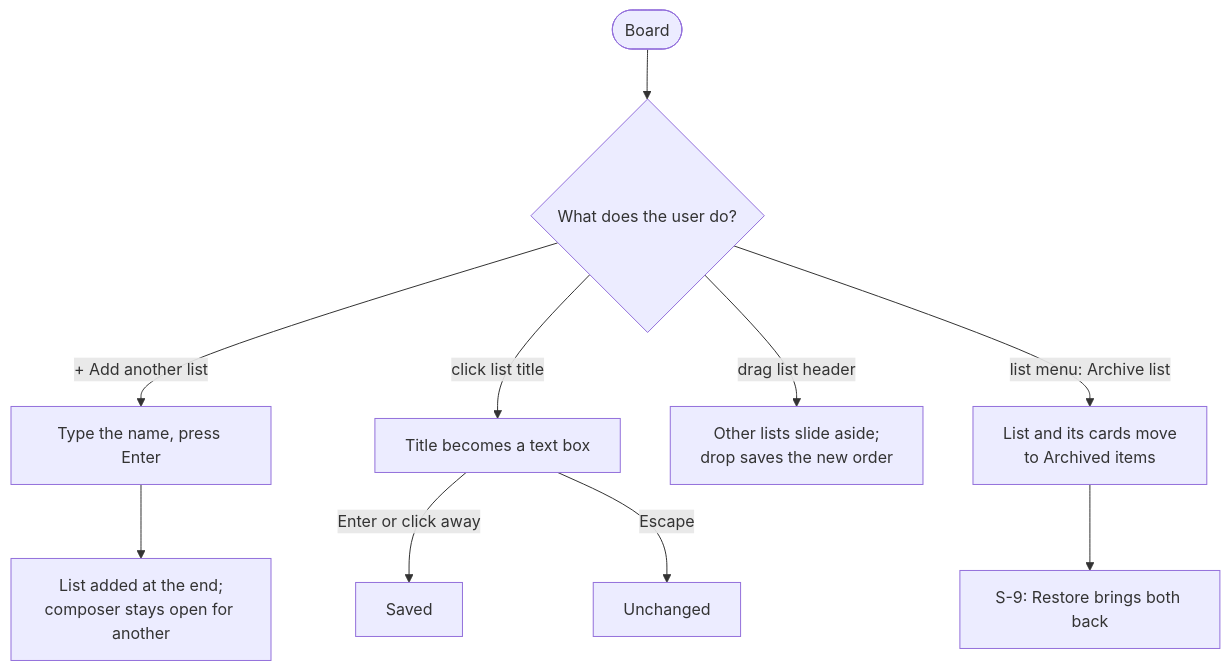
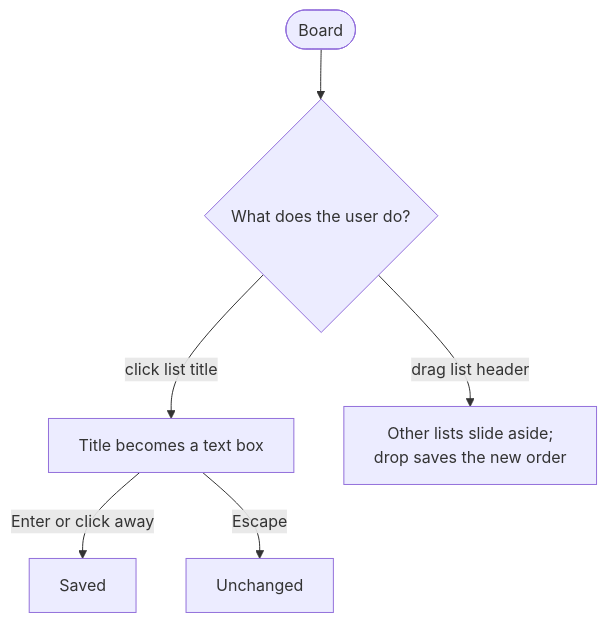
Before and after one commit to bbranton/TestProj: the eighth of 9 diagrams in docs/canvas-portal/04-wireframes-workflows.md, drawn with Mermaid. The commit also changed other lines of this file and 4 other files, not shown here.

First line of the commit message:
Move adding cards and lists to Phase 5 future features

````diff
--- a/docs/canvas-portal/04-wireframes-workflows.md
+++ b/docs/canvas-portal/04-wireframes-workflows.md
@@ -438,12 +442,8 @@
 ```mermaid
 flowchart TD
     A([Board]) --> B{What does the user do?}
-    B -- "+ Add another list" --> C[Type the name, press Enter]
-    C --> D[List added at the end;<br/>composer stays open for another]
     B -- click list title --> E[Title becomes a text box]
     E -- Enter or click away --> F[Saved]
     E -- Escape --> G[Unchanged]
     B -- drag list header --> H[Other lists slide aside;<br/>drop saves the new order]
-    B -- list menu: Archive list --> I[List and its cards move<br/>to Archived items]
-    I --> J[S-9: Restore brings both back]
 ```
````
